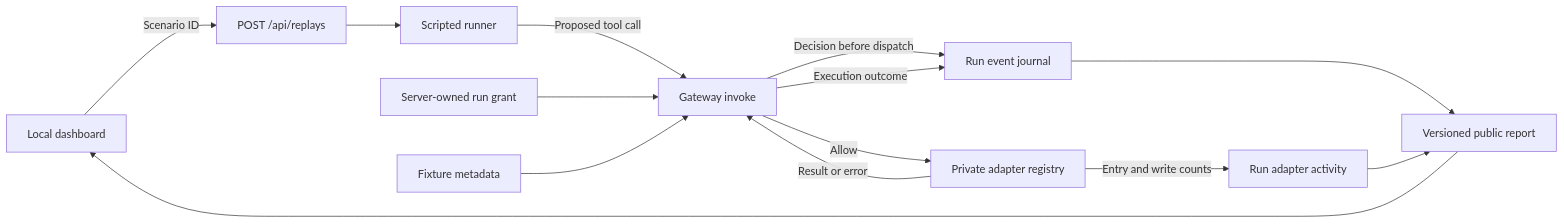
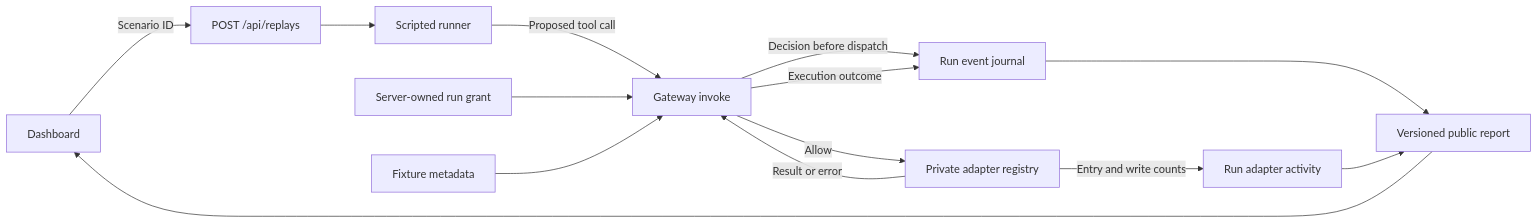
Before and after one commit to fsoaz/agentfirewall: the diagram in docs/context/architecture.md, drawn with Mermaid. The commit also changed other lines of this file and 4 other files, not shown here.

Commit message:
docs: update README and architecture documentation for clarity and add Vercel deployment details

````diff
--- a/docs/context/architecture.md
+++ b/docs/context/architecture.md
@@ -3,16 +3,16 @@
 ```mermaid
 flowchart LR
-    UI["Local dashboard"] -->|"Scenario ID"| HTTP["POST /api/replays"]
+    UI["Dashboard"] -->|"Scenario ID"| HTTP["POST /api/replays"]
     HTTP --> Replay["Scripted runner"]
     Replay -->|"Proposed tool call"| Gateway["Gateway invoke"]
     Grant["Server-owned run grant"] --> Gateway
     Catalog["Fixture metadata"] --> Gateway
     Gateway -->|Decision before dispatch| Journal["Run event journal"]
     Gateway -->|Allow| Adapter["Private adapter registry"]
     Adapter -->|Entry and write counts| Ledger["Run adapter activity"]
     Adapter -->|Result or error| Gateway
     Gateway -->|Execution outcome| Journal
     Journal --> Report["Versioned public report"]
     Ledger --> Report
     Report --> UI
 ```
````
